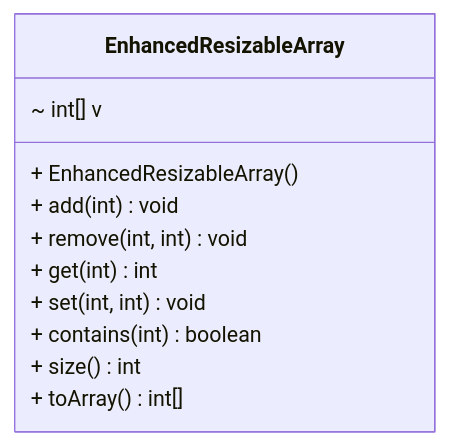
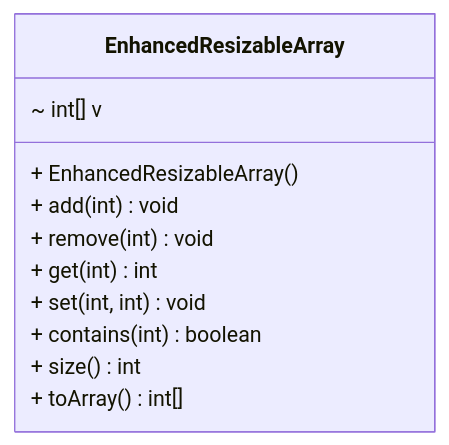
Before and after one commit to nbicocchi/learn-java-core: the seventh of 14 diagrams in src/main/java/com/nbicocchi/exercises/oop/README.md, drawn with Mermaid. The commit also changed other lines of this file and 2 other files, not shown here.

````diff
--- a/src/main/java/com/nbicocchi/exercises/oop/README.md
+++ b/src/main/java/com/nbicocchi/exercises/oop/README.md
@@ -221,15 +221,15 @@
 ```mermaid
 classDiagram
 direction BT
 class EnhancedResizableArray {
   ~ int[] v
   + EnhancedResizableArray() 
   + add(int) void
-  + remove(int, int) void
+  + remove(int) void
   + get(int) int
   + set(int, int) void
   + contains(int) boolean
   + size() int
   + toArray() int[]
 }
 ```
````
